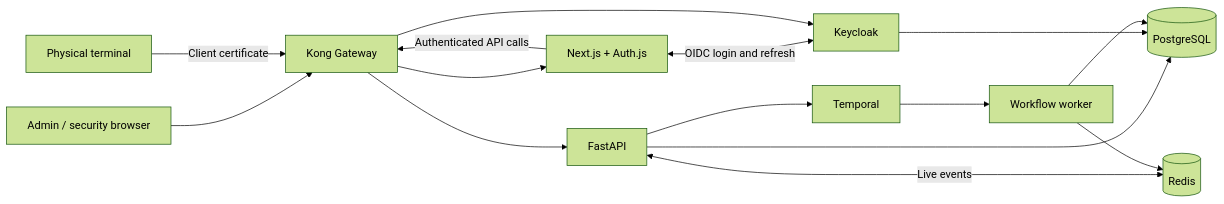
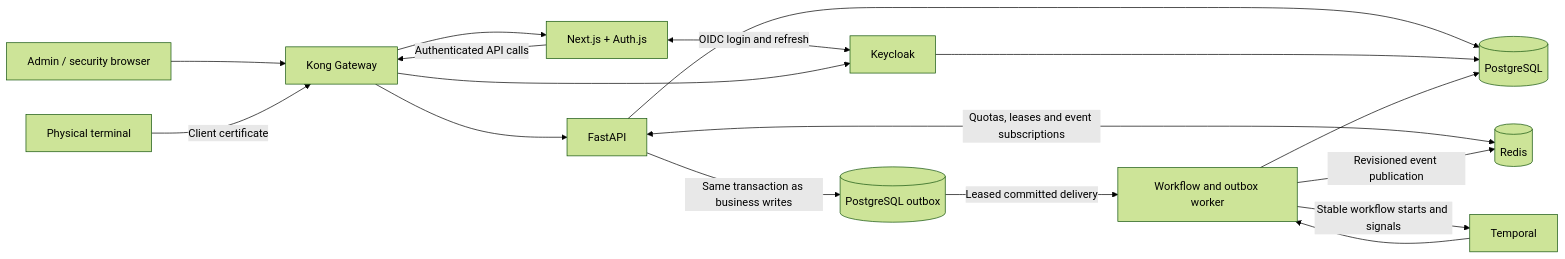
Before and after one commit to cyanidemilkshakee/in-out: the diagram in README.md, drawn with Mermaid (forest theme). The commit also changed other lines of this file and 330 other files, not shown here.

````diff
--- a/README.md
+++ b/README.md
@@ -64,17 +73,19 @@
 ```mermaid
 flowchart LR
     Browser[Admin / security browser] --> Gateway[Kong Gateway]
     Gateway --> Web[Next.js + Auth.js]
     Web <-->|OIDC login and refresh| KC[Keycloak]
     Web -->|Authenticated API calls| Gateway
     Gateway --> API[FastAPI]
     Gateway --> KC
     Terminal[Physical terminal] -->|Client certificate| Gateway
     API --> DB[(PostgreSQL)]
     KC --> DB
-    API <-->|Live events| Redis[(Redis)]
-    API --> Temporal[Temporal]
-    Temporal --> Worker[Workflow worker]
+    API <-->|Quotas, leases and event subscriptions| Redis[(Redis)]
+    API -->|Same transaction as business writes| Outbox[(PostgreSQL outbox)]
+    Outbox -->|Leased committed delivery| Worker[Workflow and outbox worker]
+    Worker -->|Stable workflow starts and signals| Temporal[Temporal]
+    Temporal --> Worker
     Worker --> DB
-    Worker --> Redis
+    Worker -->|Revisioned event publication| Redis
 ```
````
